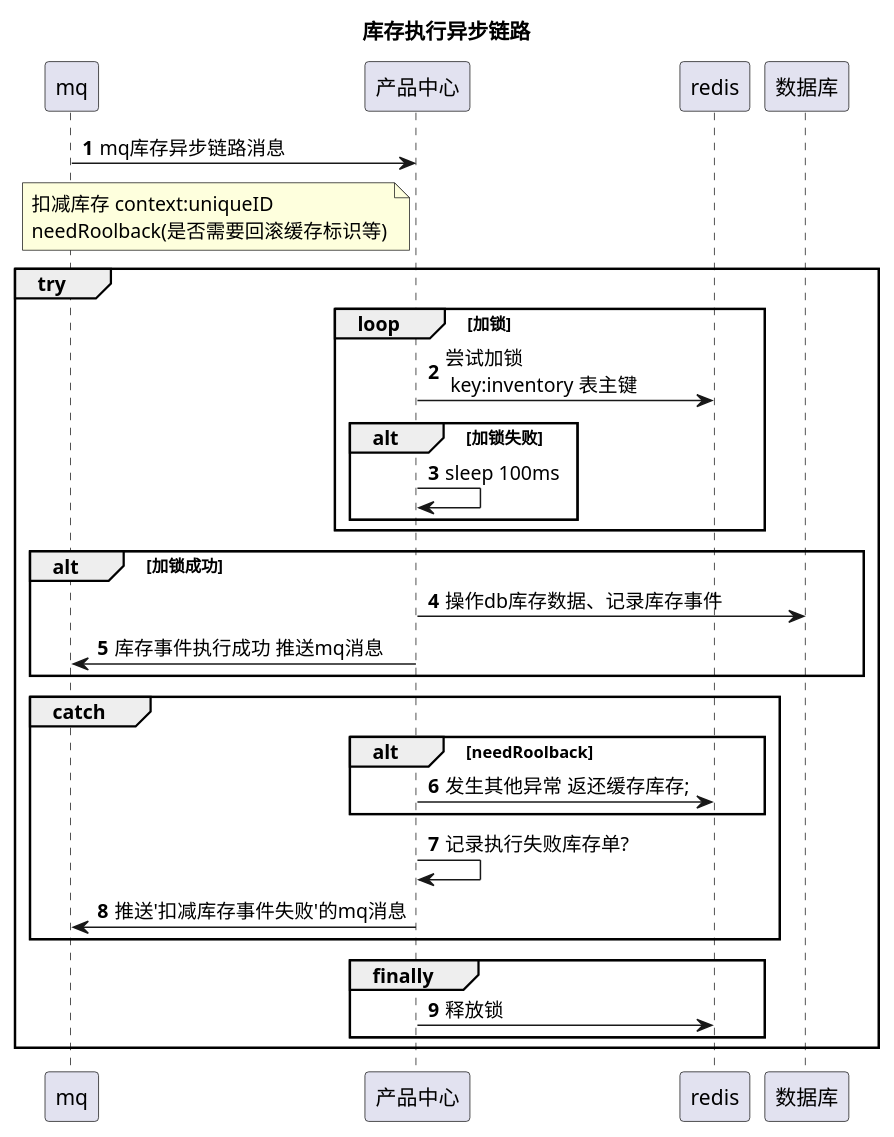
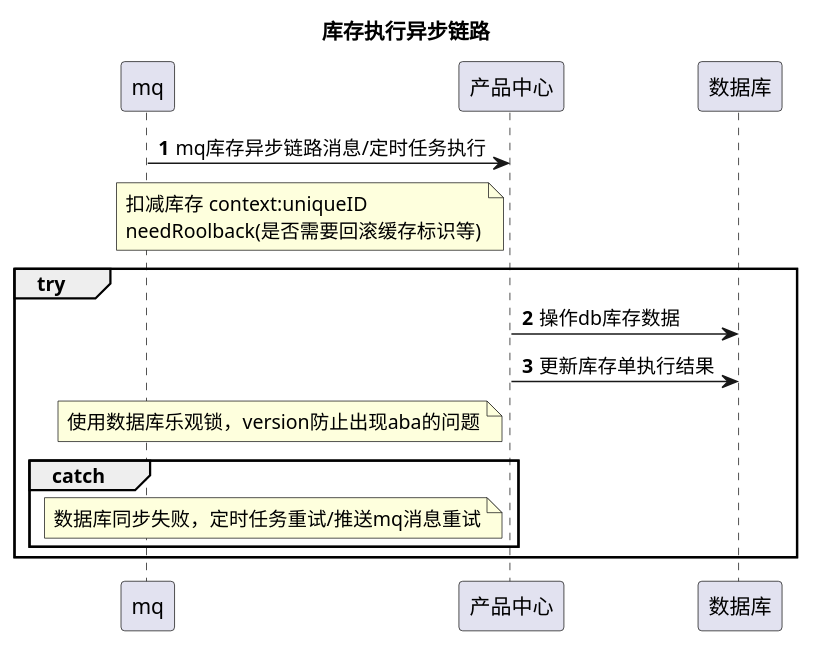
One commit to learnxin/testdemo changed the diagram in src/main/resources/plantuml/nh/inventory/execute_mq_inventory.puml. Above: the diagram before and after it, drawn with PlantUML. The commit also changed 4 other files, not shown here.

Commit message:
库存优化时序图

```diff
--- a/src/main/resources/plantuml/nh/inventory/execute_mq_inventory.puml
+++ b/src/main/resources/plantuml/nh/inventory/execute_mq_inventory.puml
@@ -1,36 +1,38 @@
 @startuml
 
 title 库存执行异步链路
 
 autonumber
 participant "mq" as vc
 participant "产品中心" as cpm
-participant "redis" as redis
+'participant "redis" as redis
 participant "数据库" as db
-vc -> cpm :mq库存异步链路消息
+vc -> cpm :mq库存异步链路消息/定时任务执行
 note left of cpm:扣减库存 context:uniqueID\nneedRoolback(是否需要回滚缓存标识等)
 group try
 'cpm->cpm:// 尝试加锁\nboolean isLocked = lock.tryLock(500, 1000, TimeUnit.MILLISECONDS);\n//    加锁失败 返还名额 throw ex\n        if (!isLocked) {\n                         cacheManager.atomicGetAndAdd(key, -num);\n                         throw new VcRpcException(CommonResponseCode.LockFailure);\n                     }        \n                     // 更新课程剩余名额\n                     trainDo.setScale(scale);\n                     trainService.updateTrain(trainDo, clientInfo);
-    loop 加锁
-        cpm->redis:尝试加锁 \n key:inventory 表主键
-        alt 加锁失败
-            cpm -> cpm:sleep 100ms
-        end
-    end
-    alt 加锁成功
-        cpm -> db :操作db库存数据、记录库存事件
-        cpm -> vc :库存事件执行成功 推送mq消息
-    end
+'    loop 加锁
+'        cpm->redis:尝试加锁 \n key:inventory 表主键
+'        alt 加锁失败
+'            cpm -> cpm:sleep 100ms
+'        end
+'    end
+'    alt 加锁成功
+        cpm -> db :操作db库存数据
+        cpm -> db :更新库存单执行结果
+        note left of cpm: 使用数据库乐观锁，version防止出现aba的问题
+'    end
     group catch
-        alt needRoolback
-            cpm -> redis: 发生其他异常 返还缓存库存;
-        end
-        cpm -> cpm :记录执行失败库存单?
-        cpm -> vc : 推送'扣减库存事件失败'的mq消息
+        note left of cpm: 数据库同步失败，定时任务重试/推送mq消息重试
+'        alt needRoolback
+'            cpm -> redis: 发生其他异常 返还缓存库存;
+'        end
+'        cpm -> cpm :记录执行失败库存单?
+'        cpm -> vc : 推送'扣减库存事件失败'的mq消息
     end
 
-    group finally
-        cpm -> redis: 释放锁
-    end
+'    group finally
+'        cpm -> redis: 释放锁
+'    end
 end
 @enduml
```
